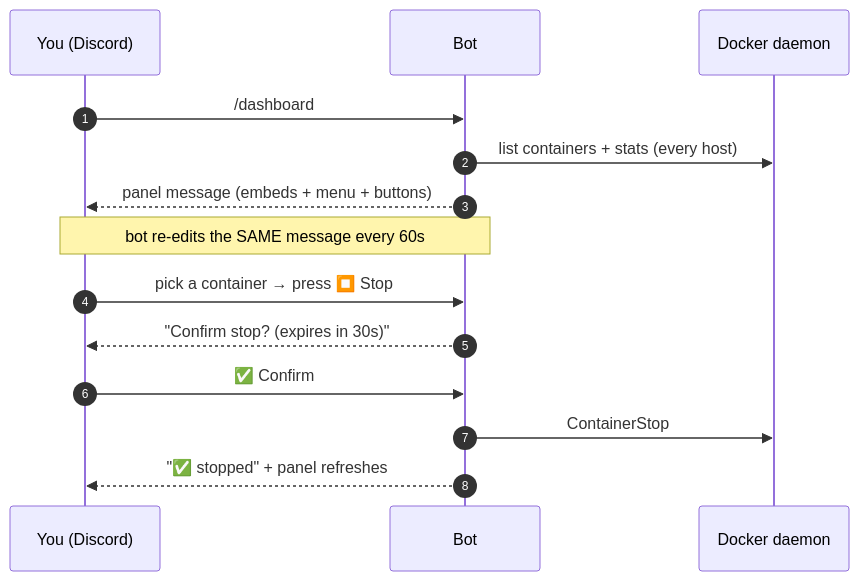
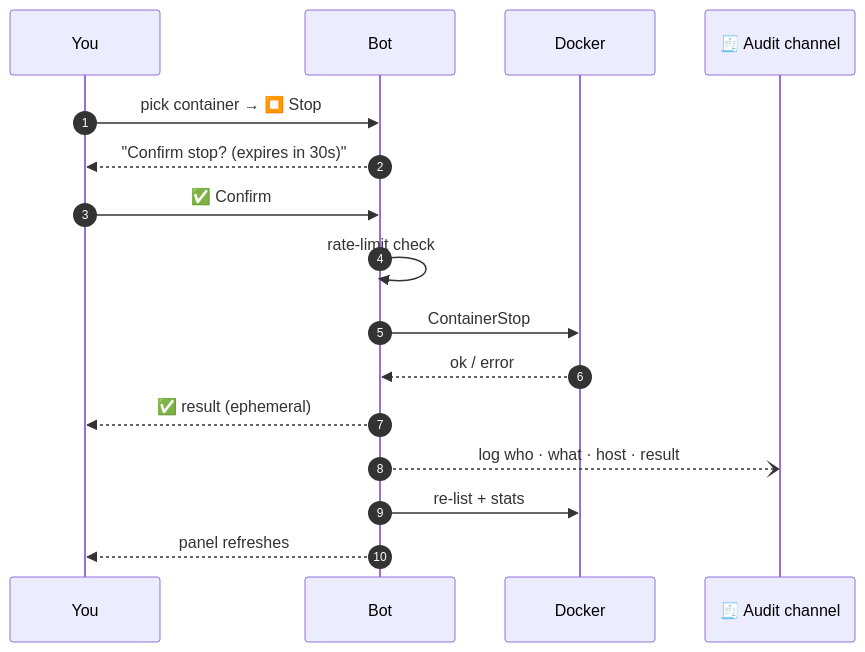
The fourth of 4 diagrams in README.md (the-eduardo/DockerStats-Discord-Bot), drawn with Mermaid before and after one commit. The commit also changed other lines of this file and 2 other files, not shown here.

Commit message:
docs: READMEs reestruturados (EN) com diagramas de arquitetura/roteamento + PT-BR alinhado + novo README.es (Espanhol LatAm)

````diff
--- a/README.md
+++ b/README.md
@@ -102,16 +160,18 @@
 ```mermaid
 sequenceDiagram
     autonumber
-    participant U as You (Discord)
+    participant U as You
     participant B as Bot
-    participant D as Docker daemon
-    U->>B: /dashboard
-    B->>D: list containers + stats (every host)
-    B-->>U: panel message (embeds + menu + buttons)
-    Note over B,U: bot re-edits the SAME message every 60s
-    U->>B: pick a container → press ⏹️ Stop
+    participant D as Docker
+    participant A as 🧾 Audit channel
+    U->>B: pick container → ⏹️ Stop
     B-->>U: "Confirm stop? (expires in 30s)"
     U->>B: ✅ Confirm
+    B->>B: rate-limit check
     B->>D: ContainerStop
-    B-->>U: "✅ stopped" + panel refreshes
+    D-->>B: ok / error
+    B-->>U: ✅ result (ephemeral)
+    B--)A: log who · what · host · result
+    B->>D: re-list + stats
+    B-->>U: panel refreshes
 ```
````
